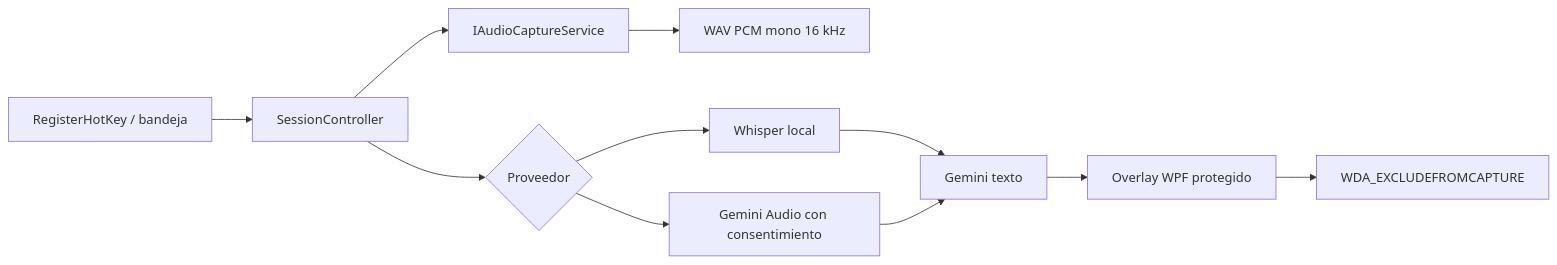
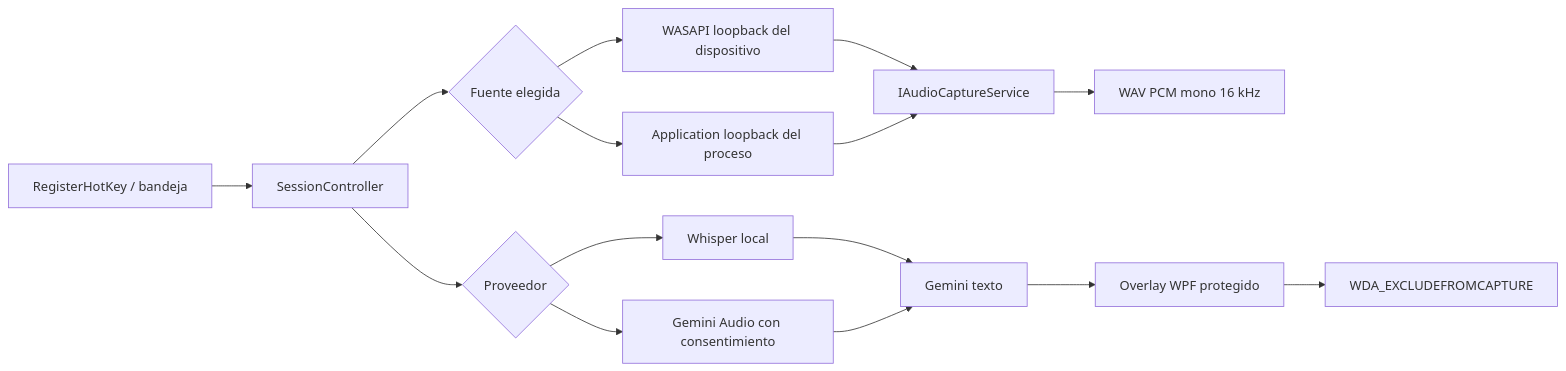
The diagram in Windows/docs/ARCHITECTURE.md (ikerperez12/MirrorPowerAI), drawn with Mermaid before and after one commit. The commit also changed other lines of this file and 4 other files, not shown here.

````diff
--- a/Windows/docs/ARCHITECTURE.md
+++ b/Windows/docs/ARCHITECTURE.md
@@ -9,13 +9,17 @@
 ```mermaid
 flowchart LR
     Hotkey["RegisterHotKey / bandeja"] --> Controller["SessionController"]
-    Controller --> Capture["IAudioCaptureService"]
+    Controller --> Scope{"Fuente elegida"}
+    Scope --> Device["WASAPI loopback del dispositivo"]
+    Scope --> Process["Application loopback del proceso"]
+    Device --> Capture["IAudioCaptureService"]
+    Process --> Capture
     Capture --> Wav["WAV PCM mono 16 kHz"]
     Controller --> Provider{"Proveedor"}
     Provider --> Whisper["Whisper local"]
     Provider --> Cloud["Gemini Audio con consentimiento"]
     Whisper --> Answer["Gemini texto"]
     Cloud --> Answer
     Answer --> Overlay["Overlay WPF protegido"]
     Overlay --> Affinity["WDA_EXCLUDEFROMCAPTURE"]
 ```
````
